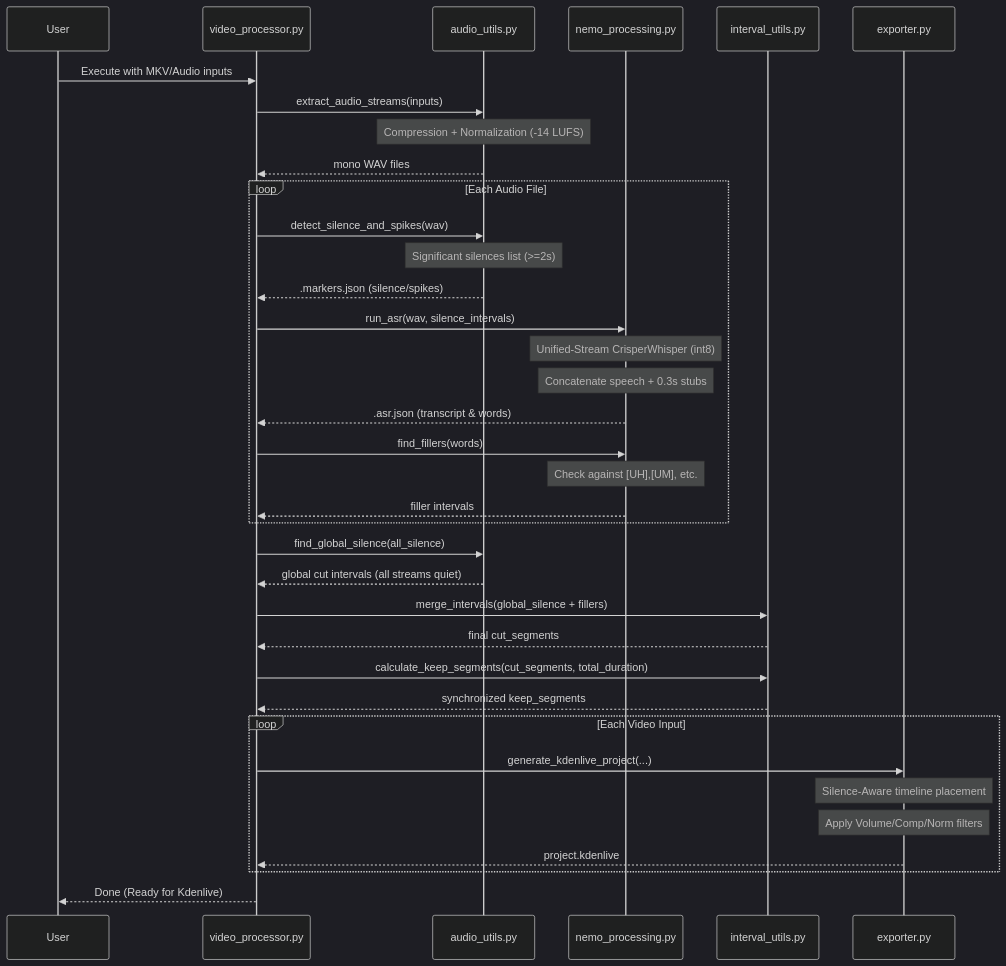
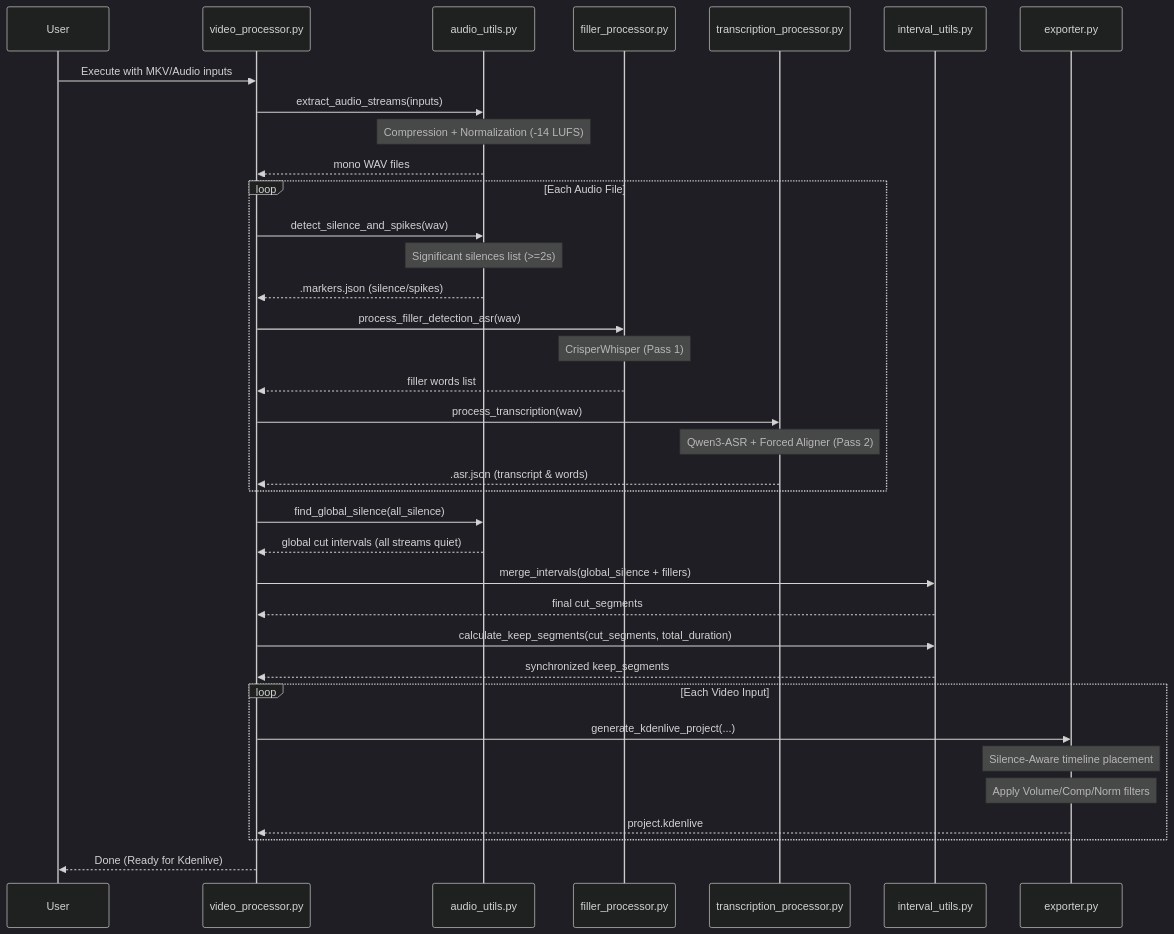
The diagram in README.md (gpapp/Code-checker), drawn with Mermaid (dark theme) before and after one commit. The commit also changed other lines of this file and 23 other files, not shown here.

Commit message:
feat: implement modular ASR service architecture, add filler detection, and update processing pipeline

````diff
--- a/README.md
+++ b/README.md
@@ -7,47 +7,47 @@
 ```mermaid
 sequenceDiagram
     participant User
     participant Main as video_processor.py
     participant AU as audio_utils.py
-    participant NP as nemo_processing.py
+    participant FP as filler_processor.py
+    participant TP as transcription_processor.py
     participant IU as interval_utils.py
     participant EX as exporter.py
 
     User->>Main: Execute with MKV/Audio inputs
     Main->>AU: extract_audio_streams(inputs)
     Note over AU: Compression + Normalization (-14 LUFS)
     AU-->>Main: mono WAV files
 
     loop Each Audio File
         Main->>AU: detect_silence_and_spikes(wav)
         Note over AU: Significant silences list (>=2s)
         AU-->>Main: .markers.json (silence/spikes)
         
-        Main->>NP: run_asr(wav, silence_intervals)
-        Note over NP: Unified-Stream CrisperWhisper (int8)
-        Note over NP: Concatenate speech + 0.3s stubs
-        NP-->>Main: .asr.json (transcript & words)
+        Main->>FP: process_filler_detection_asr(wav)
+        Note over FP: CrisperWhisper (Pass 1)
+        FP-->>Main: filler words list
         
-        Main->>NP: find_fillers(words)
-        Note over NP: Check against [UH],[UM], etc.
-        NP-->>Main: filler intervals
+        Main->>TP: process_transcription(wav)
+        Note over TP: Qwen3-ASR + Forced Aligner (Pass 2)
+        TP-->>Main: .asr.json (transcript & words)
     end
 
     Main->>AU: find_global_silence(all_silence)
     AU-->>Main: global cut intervals (all streams quiet)
 
     Main->>IU: merge_intervals(global_silence + fillers)
     IU-->>Main: final cut_segments
 
     Main->>IU: calculate_keep_segments(cut_segments, total_duration)
     IU-->>Main: synchronized keep_segments
 
     loop Each Video Input
         Main->>EX: generate_kdenlive_project(...)
         Note over EX: Silence-Aware timeline placement
         Note over EX: Apply Volume/Comp/Norm filters
         EX-->>Main: project.kdenlive
     end
 
     Main-->>User: Done (Ready for Kdenlive)
 ```
````
